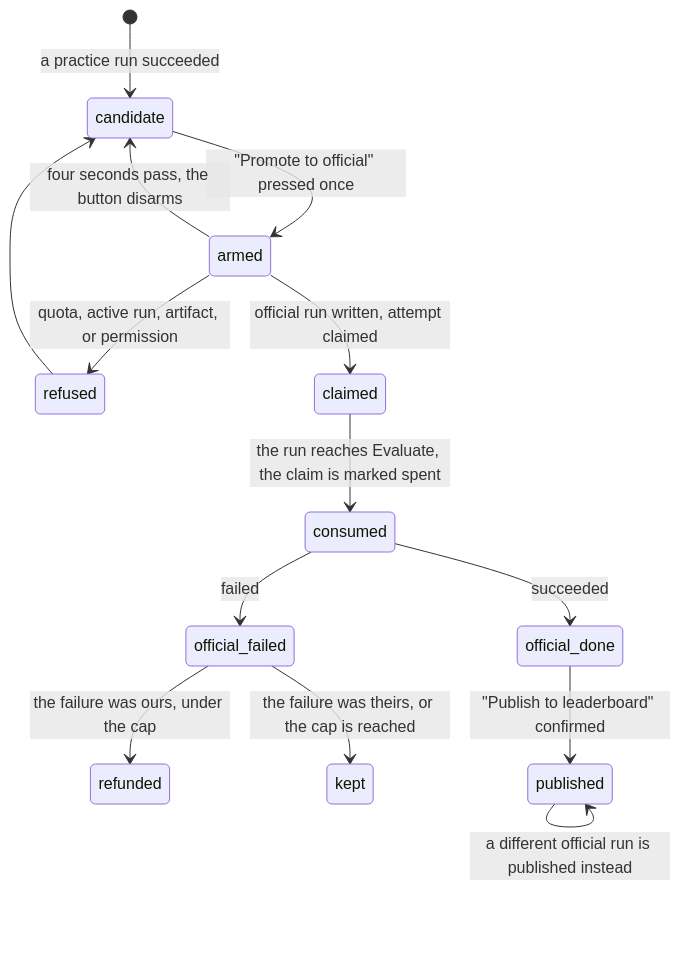
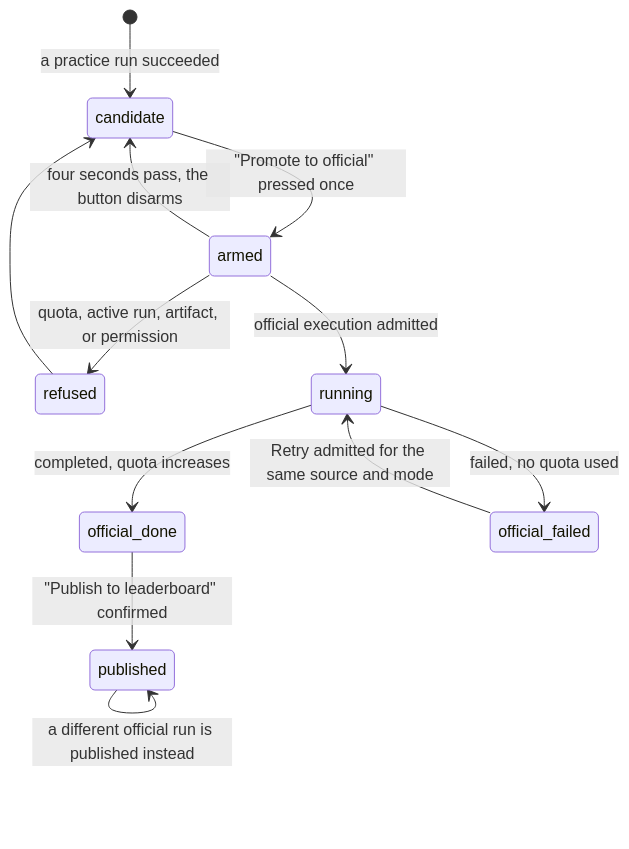
The diagram in docs/product-description/portal/promote-to-the-leaderboard.md (SamGu-NRX/CogPortal), drawn with Mermaid before and after one commit. The commit also changed other lines of this file and 22 other files, not shown here.

First line of the commit message:
docs(recovery): describe completed-only quota and same-view retry

````diff
--- a/docs/product-description/portal/promote-to-the-leaderboard.md
+++ b/docs/product-description/portal/promote-to-the-leaderboard.md
@@ -45,16 +45,15 @@
 ```mermaid
 stateDiagram-v2
     [*] --> candidate : a practice run succeeded
     candidate --> armed : "Promote to official" pressed once
     armed --> candidate : four seconds pass, the button disarms
     armed --> refused : quota, active run, artifact, or permission
-    armed --> claimed : official run written, attempt claimed
-    claimed --> consumed : the run reaches Evaluate, the claim is marked spent
-    consumed --> official_done : succeeded
-    consumed --> official_failed : failed
-    official_failed --> refunded : the failure was ours, under the cap
-    official_failed --> kept : the failure was theirs, or the cap is reached
+    armed --> running : official execution admitted
+    running --> official_done : completed, quota increases
+    running --> official_failed : failed, no quota used
+    official_failed --> running : Retry admitted for the same source and mode
+
     official_done --> published : "Publish to leaderboard" confirmed
     published --> published : a different official run is published instead
     refused --> candidate
 ```
````
